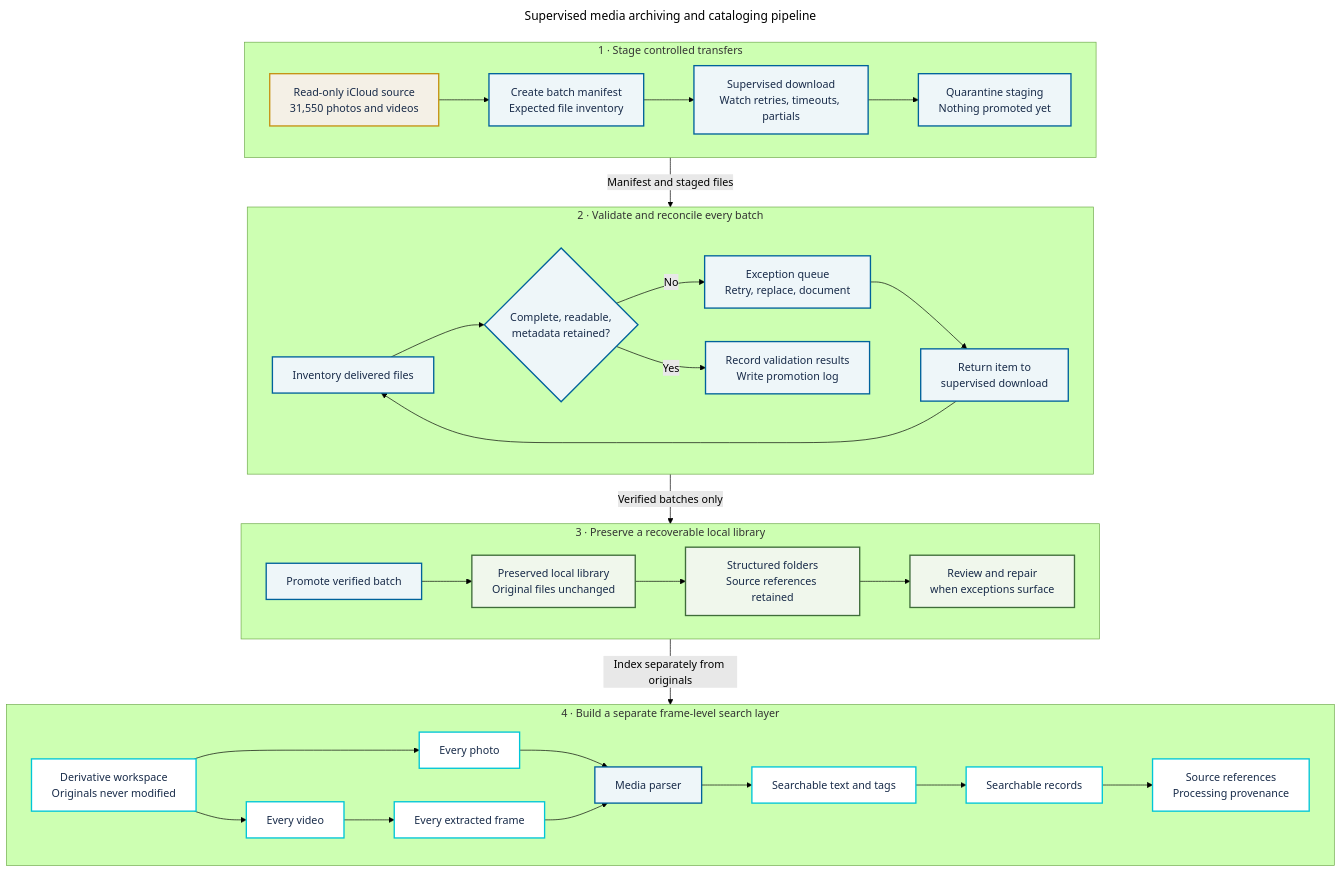
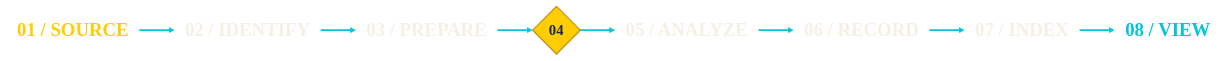
Before and after one commit to BoomerRawlings/boomerrawlings.com: the diagram in src/diagrams/media-archive.mmd, drawn with Mermaid (forest theme). The commit also changed 28 other files, not shown here.

```diff
--- a/src/diagrams/media-archive.mmd
+++ b/src/diagrams/media-archive.mmd
@@ -1,56 +1,26 @@
----
-title: Supervised media archiving and cataloging pipeline
----
-flowchart TB
-  accTitle: Supervised media archiving and cataloging pipeline
-  accDescr: A read-only iCloud collection moves through supervised transfer, validation, repair, and preservation stages before a separate indexing layer creates source-linked records for every photo and video frame.
+%%{init: {"flowchart": {"curve": "linear", "nodeSpacing": 38, "rankSpacing": 52, "padding": 8}}}%%
+flowchart LR
+  accTitle: Local-first media intelligence and catalog signal path
+  accDescr: A read-only source moves through identity, preparation, verification, analysis, evidence capture, indexing, and local viewing. Uncertain state stops before a model call.
 
-  subgraph transfer["1 · Stage controlled transfers"]
-    direction LR
-    source["Read-only iCloud source<br/>31,550 photos and videos"] --> manifest["Create batch manifest<br/>Expected file inventory"]
-    manifest --> download["Supervised download<br/>Watch retries, timeouts, partials"]
-    download --> staging["Quarantine staging<br/>Nothing promoted yet"]
-  end
+  source["01 / SOURCE"]
+  identity["02 / IDENTIFY"]
+  prepare["03 / PREPARE"]
+  gate{"04"}
+  analyze["05 / ANALYZE"]
+  commit["06 / RECORD"]
+  catalog["07 / INDEX"]
+  viewer["08 / VIEW"]
+  source --> identity --> prepare --> gate
+  gate --> analyze --> commit --> catalog --> viewer
 
-  subgraph validation["2 · Validate and reconcile every batch"]
-    direction LR
-    inventory["Inventory delivered files"]
-    inventory --> decision{"Complete, readable,<br/>metadata retained?"}
-    decision -->|"No"| exceptions["Exception queue<br/>Retry, replace, document"]
-    exceptions --> retry["Return item to<br/>supervised download"]
-    retry --> inventory
-    decision -->|"Yes"| results["Record validation results<br/>Write promotion log"]
-  end
+  classDef stage fill:transparent,stroke:transparent,color:#f5f0e6,font-family:Arial Narrow,font-size:28px,font-weight:600
+  classDef first fill:transparent,stroke:transparent,color:#ffcd00,font-family:Arial Narrow,font-size:28px,font-weight:600
+  classDef decision fill:#ffcd00,stroke:#c69214,color:#182b49,stroke-width:2px,font-family:Arial Narrow,font-size:22px,font-weight:700
+  classDef last fill:transparent,stroke:transparent,color:#00c6d7,font-family:Arial Narrow,font-size:28px,font-weight:600
+  class source first
+  class identity,prepare,analyze,commit,catalog stage
+  class gate decision
+  class viewer last
 
-  subgraph preservation["3 · Preserve a recoverable local library"]
-    direction LR
-    promote["Promote verified batch"] --> originals["Preserved local library<br/>Original files unchanged"]
-    originals --> organization["Structured folders<br/>Source references retained"]
-    organization --> recovery["Review and repair<br/>when exceptions surface"]
-  end
-
-  subgraph indexing["4 · Build a separate frame-level search layer"]
-    direction LR
-    derivatives["Derivative workspace<br/>Originals never modified"]
-    derivatives --> photos["Every photo"]
-    derivatives --> videos["Every video"]
-    videos --> frames["Every extracted frame"]
-    photos --> parser["Media parser"]
-    frames --> parser
-    parser --> observations["Searchable text and tags"]
-    observations --> records["Searchable records"]
-    records --> provenance["Source references<br/>Processing provenance"]
-  end
-
-  transfer -->|"Manifest and staged files"| validation
-  validation -->|"Verified batches only"| preservation
-  preservation -->|"Index separately from originals"| indexing
-
-  classDef source fill:#f4f0e6,stroke:#c69214,color:#182b49,stroke-width:2px
-  classDef process fill:#eef6f9,stroke:#00629b,color:#182b49,stroke-width:2px
-  classDef preserved fill:#f0f7ec,stroke:#3f6d3a,color:#182b49,stroke-width:2px
-  classDef derived fill:#ffffff,stroke:#00c6d7,color:#182b49,stroke-width:2px
-  class source source
-  class manifest,download,staging,inventory,decision,exceptions,retry,results,promote,parser process
-  class originals,organization,recovery preserved
-  class derivatives,photos,videos,frames,observations,records,provenance derived
+  linkStyle default stroke:#00c6d7,stroke-width:2.5px,color:#f5f0e6
```
